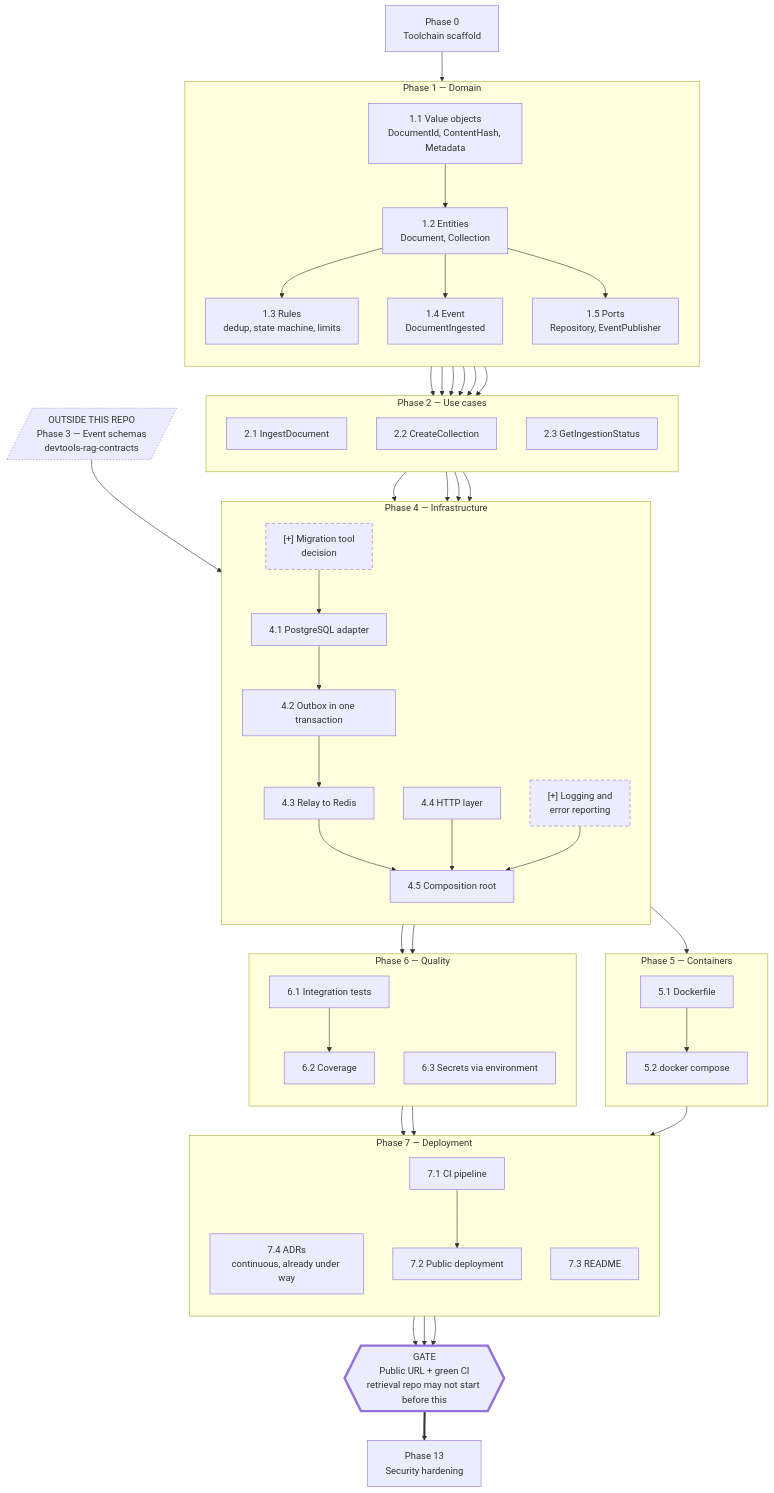
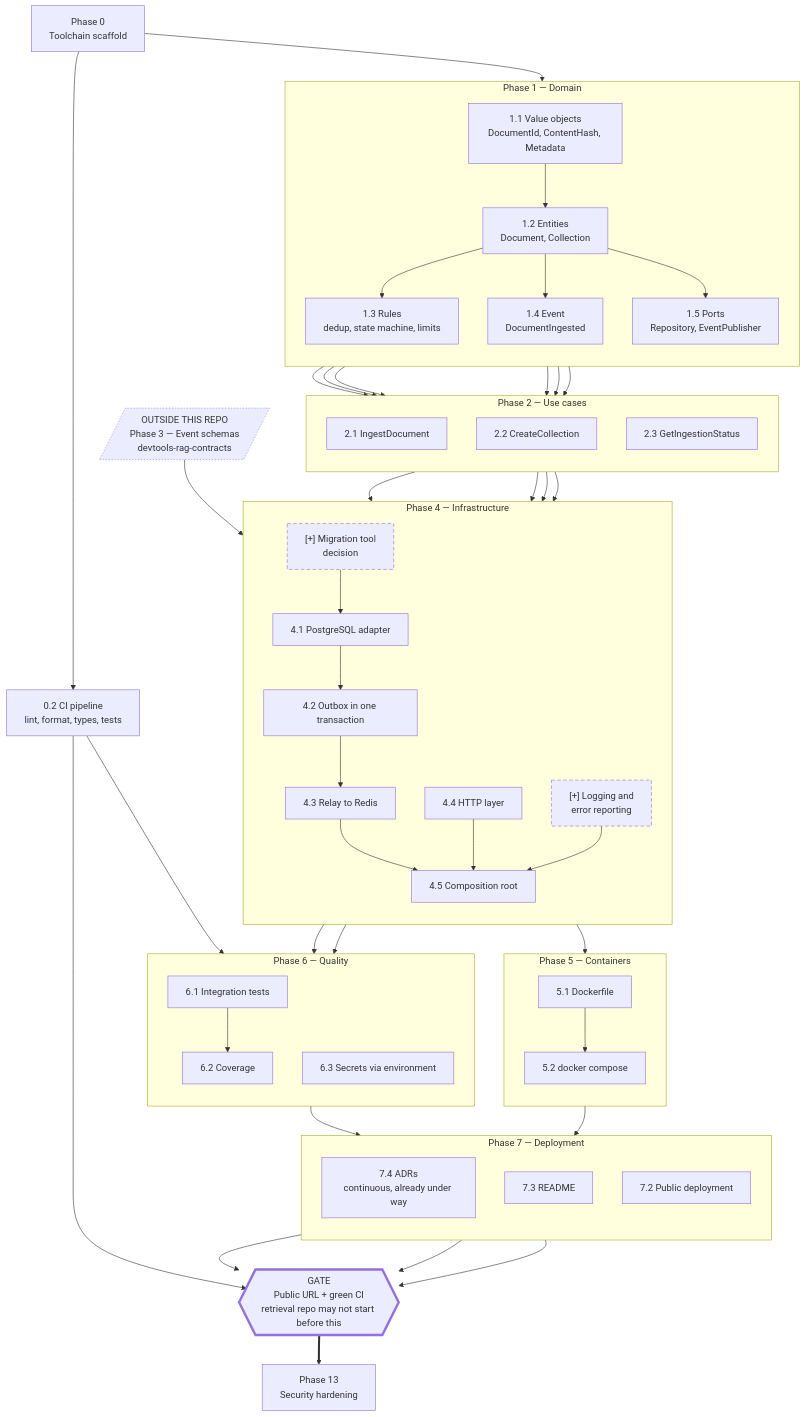
Before and after one commit to 1dardo1/devtools-rag-ingestion: the diagram in docs/BUILD-PLAN.md, drawn with Mermaid. The commit also changed other lines of this file and 4 other files, not shown here.

````diff
--- a/docs/BUILD-PLAN.md
+++ b/docs/BUILD-PLAN.md
@@ -21,6 +21,7 @@
 ```mermaid
 flowchart TD
     P0["Phase 0<br/>Toolchain scaffold"]
+    U02["0.2 CI pipeline<br/>lint, format, types, tests"]
 
     subgraph PH1["Phase 1 — Domain"]
         direction TB
@@ -68,13 +69,13 @@
         direction TB
         U74["7.4 ADRs<br/>continuous, already under way"]
         U73["7.3 README"]
-        U71["7.1 CI pipeline"]
         U72["7.2 Public deployment"]
     end
 
     GATE{{"GATE<br/>Public URL + green CI<br/>retrieval repo may not start before this"}}
     P13["Phase 13<br/>Security hardening"]
 
+    P0 --> U02
     P0 --> U12 --> U11
     U11 --> U13
     U11 --> U14
@@ -102,10 +103,10 @@
     U45 --> U61 --> U62
     U45 --> U63
 
-    U62 --> U71
-    U63 --> U71
+    U02 --> U62
     U52 --> U72
-    U71 --> U72
+    U63 --> U72
+    U02 --> GATE
     U72 --> GATE
     U73 --> GATE
     U74 --> GATE
````
